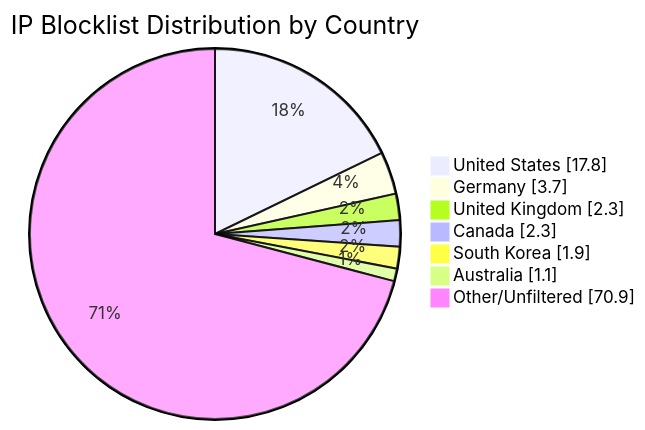
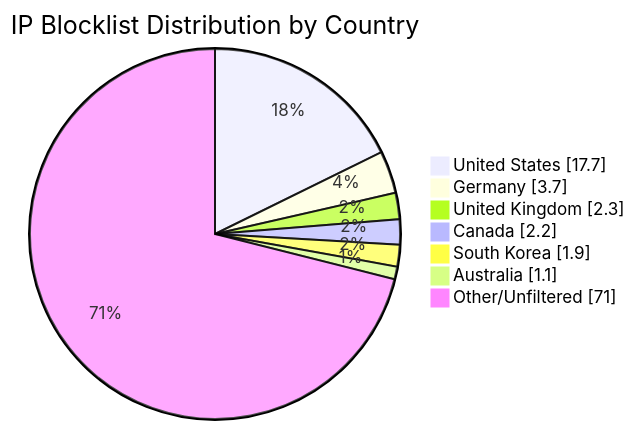
One commit to MarcusHoltz/ipblocklist-geofiltered-aggregator changed the diagram in README.md. Above: the diagram before and after it, drawn with Mermaid. The commit also changed other lines of this file and 9 other files, not shown here.

````diff
--- a/README.md
+++ b/README.md
@@ -34,10 +34,10 @@
 ```mermaid
 pie showData title IP Blocklist Distribution by Country
-"United States" : 17.8
+"United States" : 17.7
 "Germany" : 3.7
 "United Kingdom" : 2.3
-"Canada" : 2.3
+"Canada" : 2.2
 "South Korea" : 1.9
 "Australia" : 1.1
-"Other/Unfiltered" : 70.9
+"Other/Unfiltered" : 71.0
 ```
````
